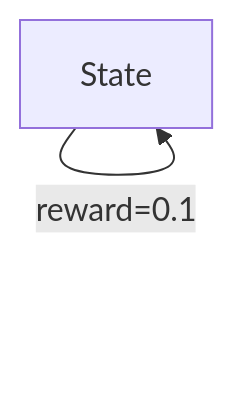
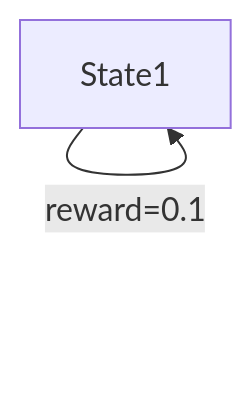
The second of 2 diagrams in _posts/2024-02-11-Bellman-Update-and-Synthetic-Data-in-Q-Transformer.md (vackosar/vackosar.github.io), drawn with Mermaid before and after one commit. The commit also changed other lines of this file and 1 other file, not shown here.

Commit message:
mermaid diagram

```diff
--- a/_posts/2024-02-11-Bellman-Update-and-Synthetic-Data-in-Q-Transformer.md
+++ b/_posts/2024-02-11-Bellman-Update-and-Synthetic-Data-in-Q-Transformer.md
@@ -46,5 +46,5 @@
 <div class="mermaid">
     flowchart TD
-    State -- reward=1 --> State
-    State -- reward=0.1 --> State
+    State1 -- reward=1 --> State1
+    State1 -- reward=0.1 --> State1
 </div>
```
